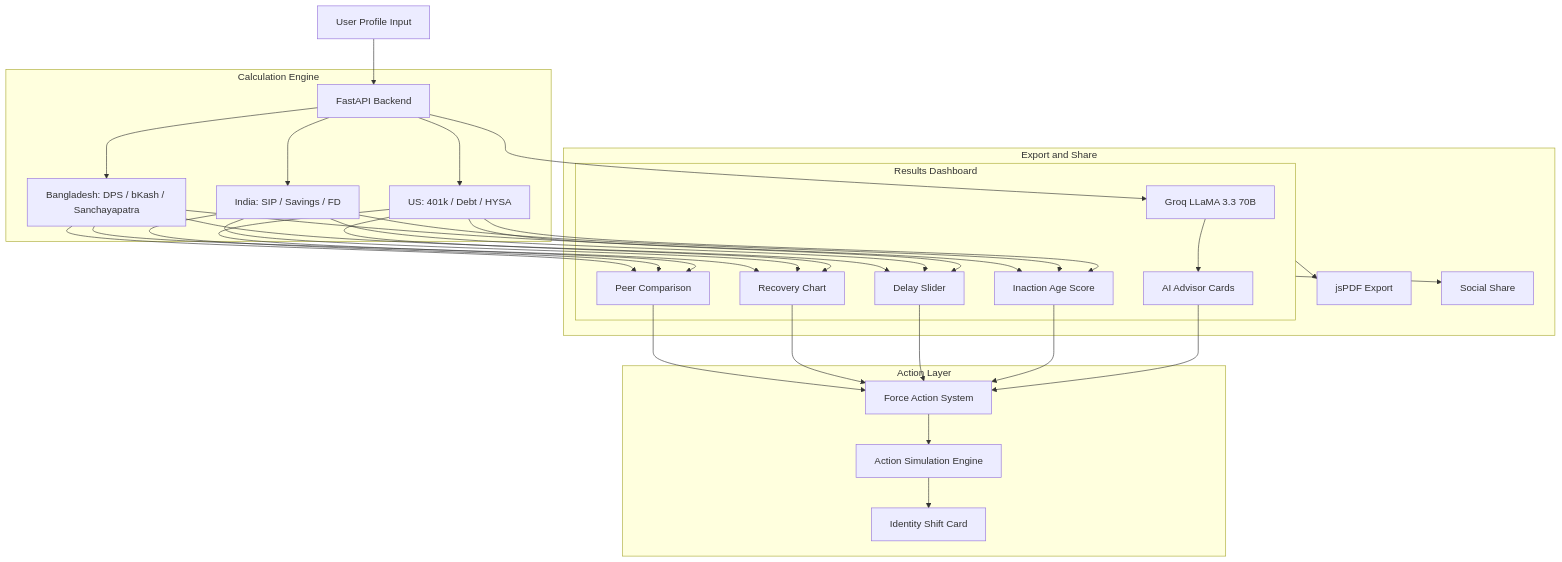
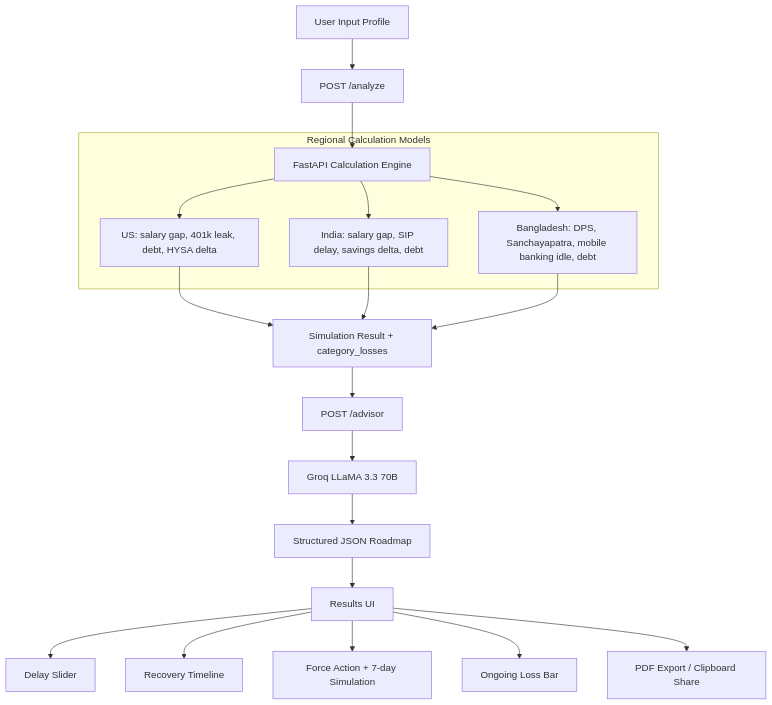
One commit to tazwaryayyyy/WillSpend changed the diagram in README.md. Above: the diagram before and after it, drawn with Mermaid. The commit also changed other lines of this file and 979 other files, not shown here.

````diff
--- a/README.md
+++ b/README.md
@@ -59,31 +103,26 @@
 ```mermaid
-graph TD
-    A[User Profile Input] --> B[FastAPI Backend]
-    
-    subgraph Calculation [Calculation Engine]
-        B --> C[US: 401k / Debt / HYSA]
-        B --> D[India: SIP / Savings / FD]
-        B --> E[Bangladesh: DPS / bKash / Sanchayapatra]
+flowchart TD
+    A[User Input Profile] --> B[POST /analyze]
+    B --> C[FastAPI Calculation Engine]
+
+    subgraph Regional_Models [Regional Calculation Models]
+      C --> C1[US: salary gap, 401k leak, debt, HYSA delta]
+      C --> C2[India: salary gap, SIP delay, savings delta, debt]
+      C --> C3[Bangladesh: DPS, Sanchayapatra, mobile banking idle, debt]
     end
-    
-    B --> F[Groq LLaMA 3.3 70B]
-    
-    subgraph Results [Results Dashboard]
-        F --> G[AI Advisor Cards]
-        C & D & E --> H[Inaction Age Score]
-        C & D & E --> I[Delay Slider]
-        C & D & E --> J[Recovery Chart]
-        C & D & E --> K[Peer Comparison]
-    end
-    
-    subgraph Actions [Action Layer]
-        G & H & I & J & K --> L[Force Action System]
-        L --> M[Action Simulation Engine]
-        M --> N[Identity Shift Card]
-    end
-    
-    subgraph Export [Export and Share]
-        Results --> O[jsPDF Export]
-        Results --> P[Social Share]
-    end
+
+    C1 --> D[Simulation Result + category_losses]
+    C2 --> D
+    C3 --> D
+
+    D --> E[POST /advisor]
+    E --> F[Groq LLaMA 3.3 70B]
+    F --> G[Structured JSON Roadmap]
+
+    G --> H[Results UI]
+    H --> H1[Delay Slider]
+    H --> H2[Recovery Timeline]
+    H --> H3[Force Action + 7-day Simulation]
+    H --> H4[Ongoing Loss Bar]
+    H --> H5[PDF Export / Clipboard Share]
 ```
````
